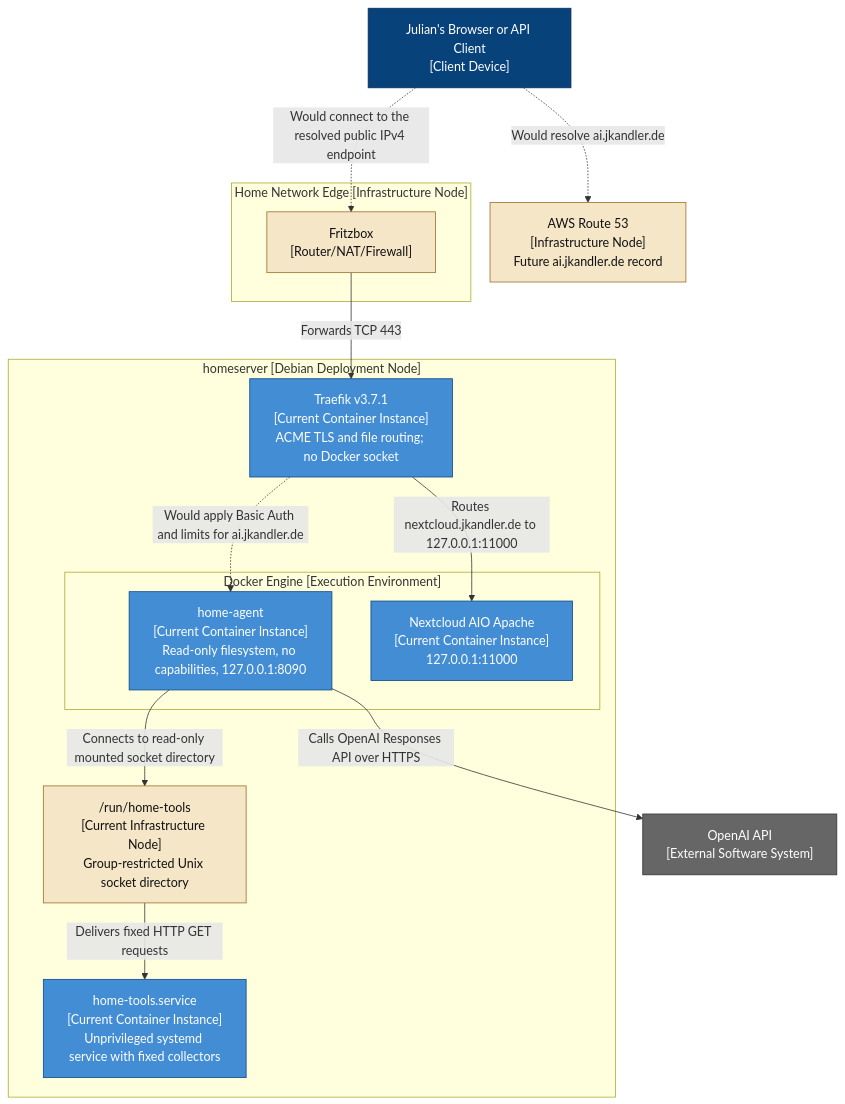
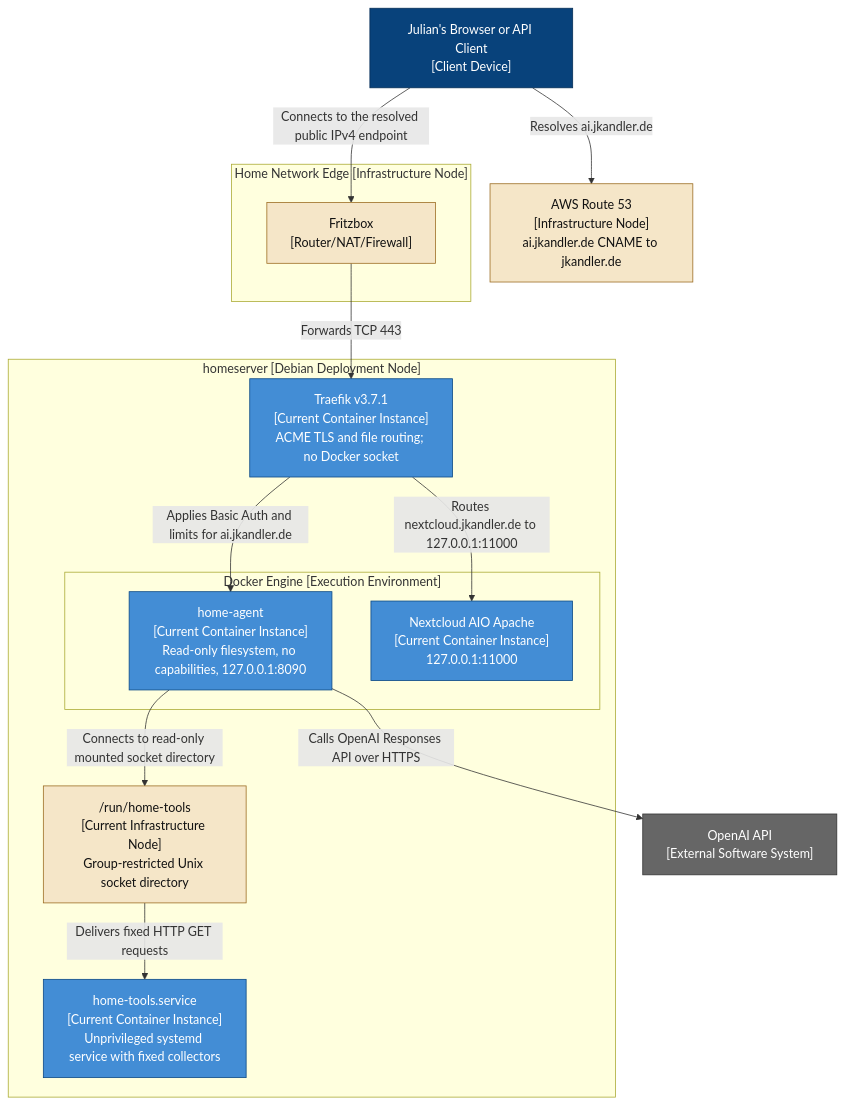
One commit to KandlerLi/home-infra-docs changed the diagram in docs/architecture/proposed/deployment.md. Above: the diagram before and after it, drawn with Mermaid. The commit also changed other lines of this file and 15 other files, not shown here.

Commit message:
Document public agent deployment

````diff
--- a/docs/architecture/proposed/deployment.md
+++ b/docs/architecture/proposed/deployment.md
@@ -7,41 +7,41 @@
 ```mermaid
 flowchart TB
     user["Julian's Browser or API Client<br/>[Client Device]"]
-    route53["AWS Route 53<br/>[Infrastructure Node]<br/>Future ai.jkandler.de record"]
+    route53["AWS Route 53<br/>[Infrastructure Node]<br/>ai.jkandler.de CNAME to jkandler.de"]
     cloud["OpenAI API<br/>[External Software System]"]
 
     subgraph edge["Home Network Edge [Infrastructure Node]"]
         fritzbox["Fritzbox<br/>[Router/NAT/Firewall]"]
     end
 
     subgraph host["homeserver [Debian Deployment Node]"]
         proxy["Traefik v3.7.1<br/>[Current Container Instance]<br/>ACME TLS and file routing; no Docker socket"]
         tools["home-tools.service<br/>[Current Container Instance]<br/>Unprivileged systemd service with fixed collectors"]
         socket["/run/home-tools<br/>[Current Infrastructure Node]<br/>Group-restricted Unix socket directory"]
 
         subgraph docker["Docker Engine [Execution Environment]"]
             agent["home-agent<br/>[Current Container Instance]<br/>Read-only filesystem, no capabilities, 127.0.0.1:8090"]
             nextcloud["Nextcloud AIO Apache<br/>[Current Container Instance]<br/>127.0.0.1:11000"]
         end
     end
 
-    user -.->|"Would resolve ai.jkandler.de"| route53
-    user -.->|"Would connect to the resolved public IPv4 endpoint"| fritzbox
+    user -->|"Resolves ai.jkandler.de"| route53
+    user -->|"Connects to the resolved public IPv4 endpoint"| fritzbox
     fritzbox -->|"Forwards TCP 443"| proxy
-    proxy -.->|"Would apply Basic Auth and limits for ai.jkandler.de"| agent
+    proxy -->|"Applies Basic Auth and limits for ai.jkandler.de"| agent
     proxy -->|"Routes nextcloud.jkandler.de to 127.0.0.1:11000"| nextcloud
     agent -->|"Calls OpenAI Responses API over HTTPS"| cloud
     agent -->|"Connects to read-only mounted socket directory"| socket
     socket -->|"Delivers fixed HTTP GET requests"| tools
 
     classDef client fill:#08427b,color:#fff,stroke:#052e56
     classDef external fill:#666,color:#fff,stroke:#333
     classDef node fill:#f5e6c8,color:#111,stroke:#9b6b21
     classDef proposed fill:#85bbf0,color:#111,stroke:#0b4884,stroke-dasharray:5 5
     classDef current fill:#438dd5,color:#fff,stroke:#0b4884
     class user client
     class cloud external
     class route53,fritzbox node
     class socket node
     class proxy,tools,agent,nextcloud current
 ```
````
